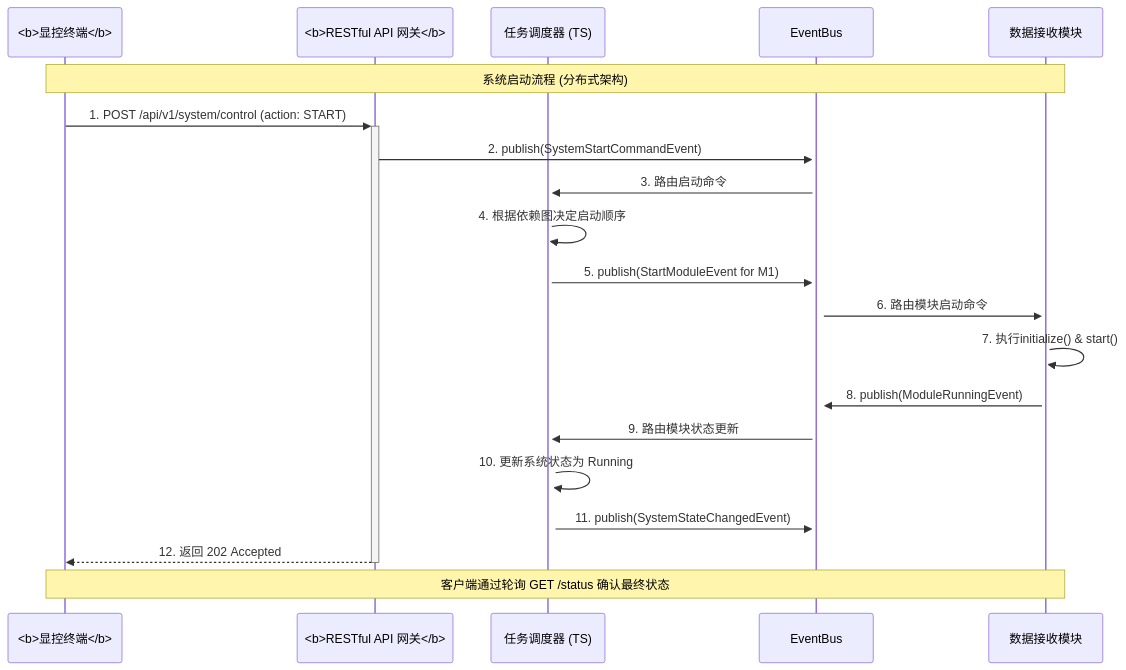
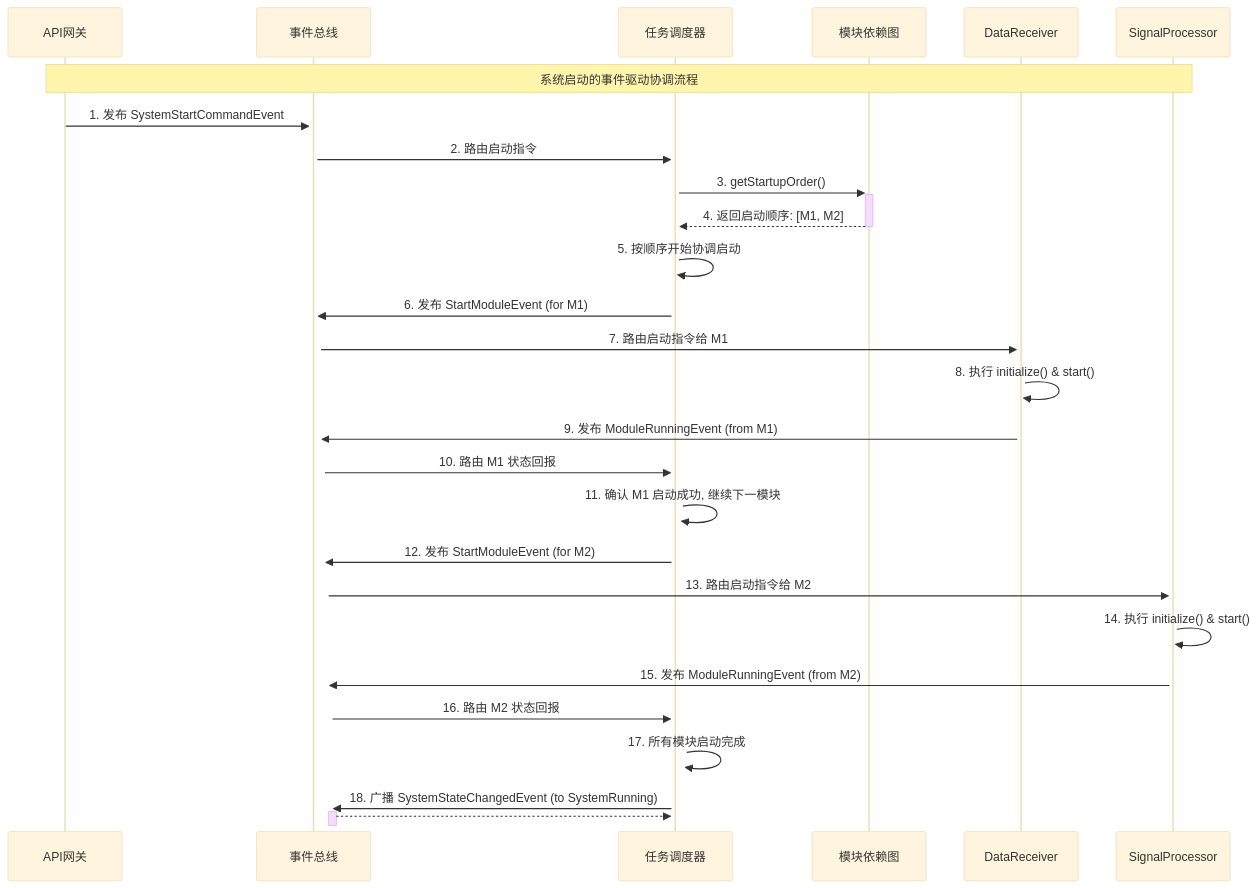
The fifth of 9 diagrams in docs/01_项目设计/02_模块设计/05_任务调度器设计.md (wendizhou99-cell/Radar), drawn with Mermaid before and after one commit. The commit also changed other lines of this file and 26 other files, not shown here.

First line of the commit message:
docs: 完成数据架构文档系列重构和Mermaid可视化指南增强

````diff
--- a/docs/01_项目设计/02_模块设计/05_任务调度器设计.md
+++ b/docs/01_项目设计/02_模块设计/05_任务调度器设计.md
@@ -417,29 +348,44 @@
 ```mermaid
+---
+  config:
+    theme: base
+    flowchart:
+      curve: basis
+---
 sequenceDiagram
-    participant ClientApp as <b>显控终端</b>
-    participant ApiGateway as <b>RESTful API 网关</b>
-    participant TaskScheduler as 任务调度器 (TS)
-    participant EventBus as EventBus
-    participant M1 as 数据接收模块
+    participant ApiGateway as API网关
+    participant EventBus as 事件总线
+    participant Scheduler as 任务调度器
+    participant DepGraph as 模块依赖图
+    participant M1 as DataReceiver
+    participant M2 as SignalProcessor
 
-    Note over ClientApp,M1: 系统启动流程 (分布式架构)
+    Note over ApiGateway,M2: 系统启动的事件驱动协调流程
 
-    ClientApp->>+ApiGateway: 1. POST /api/v1/system/control (action: START)
-    ApiGateway->>+EventBus: 2. publish(SystemStartCommandEvent)
-    EventBus->>+TaskScheduler: 3. 路由启动命令
+    ApiGateway->>+EventBus: 1. 发布 SystemStartCommandEvent
+    EventBus->>+Scheduler: 2. 路由启动指令
 
-    TaskScheduler->>TaskScheduler: 4. 根据依赖图决定启动顺序
-    TaskScheduler->>+EventBus: 5. publish(StartModuleEvent for M1)
-    EventBus->>+M1: 6. 路由模块启动命令
+    Scheduler->>+DepGraph: 3. getStartupOrder()
+    DepGraph-->>-Scheduler: 4. 返回启动顺序: [M1, M2]
 
-    M1->>M1: 7. 执行initialize() & start()
-    M1->>+EventBus: 8. publish(ModuleRunningEvent)
-    EventBus->>+TaskScheduler: 9. 路由模块状态更新
+    Scheduler->>Scheduler: 5. 按顺序开始协调启动
+    Scheduler->>+EventBus: 6. 发布 StartModuleEvent (for M1)
+    EventBus->>+M1: 7. 路由启动指令给 M1
 
-    TaskScheduler->>TaskScheduler: 10. 更新系统状态为 Running
-    TaskScheduler->>+EventBus: 11. publish(SystemStateChangedEvent)
+    M1->>M1: 8. 执行 initialize() & start()
+    M1->>+EventBus: 9. 发布 ModuleRunningEvent (from M1)
+    EventBus->>+Scheduler: 10. 路由 M1 状态回报
 
-    ApiGateway-->>-ClientApp: 12. 返回 202 Accepted
+    Scheduler->>Scheduler: 11. 确认 M1 启动成功, 继续下一模块
+    Scheduler->>+EventBus: 12. 发布 StartModuleEvent (for M2)
+    EventBus->>+M2: 13. 路由启动指令给 M2
 
-    Note over ClientApp, M1: 客户端通过轮询 GET /status 确认最终状态
+    M2->>M2: 14. 执行 initialize() & start()
+    M2->>+EventBus: 15. 发布 ModuleRunningEvent (from M2)
+    EventBus->>+Scheduler: 16. 路由 M2 状态回报
+
+    Scheduler->>Scheduler: 17. 所有模块启动完成
+    Scheduler->>+EventBus: 18. 广播 SystemStateChangedEvent (to SystemRunning)
+
+    EventBus-->>-Scheduler:
 ```
````
